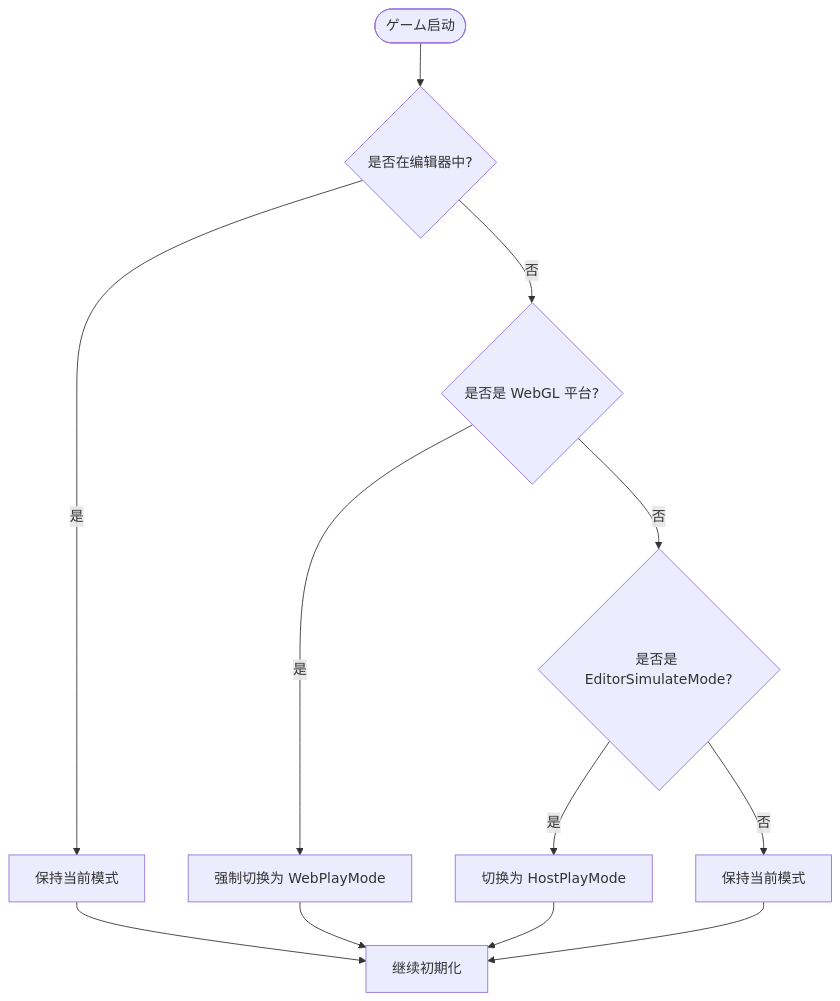
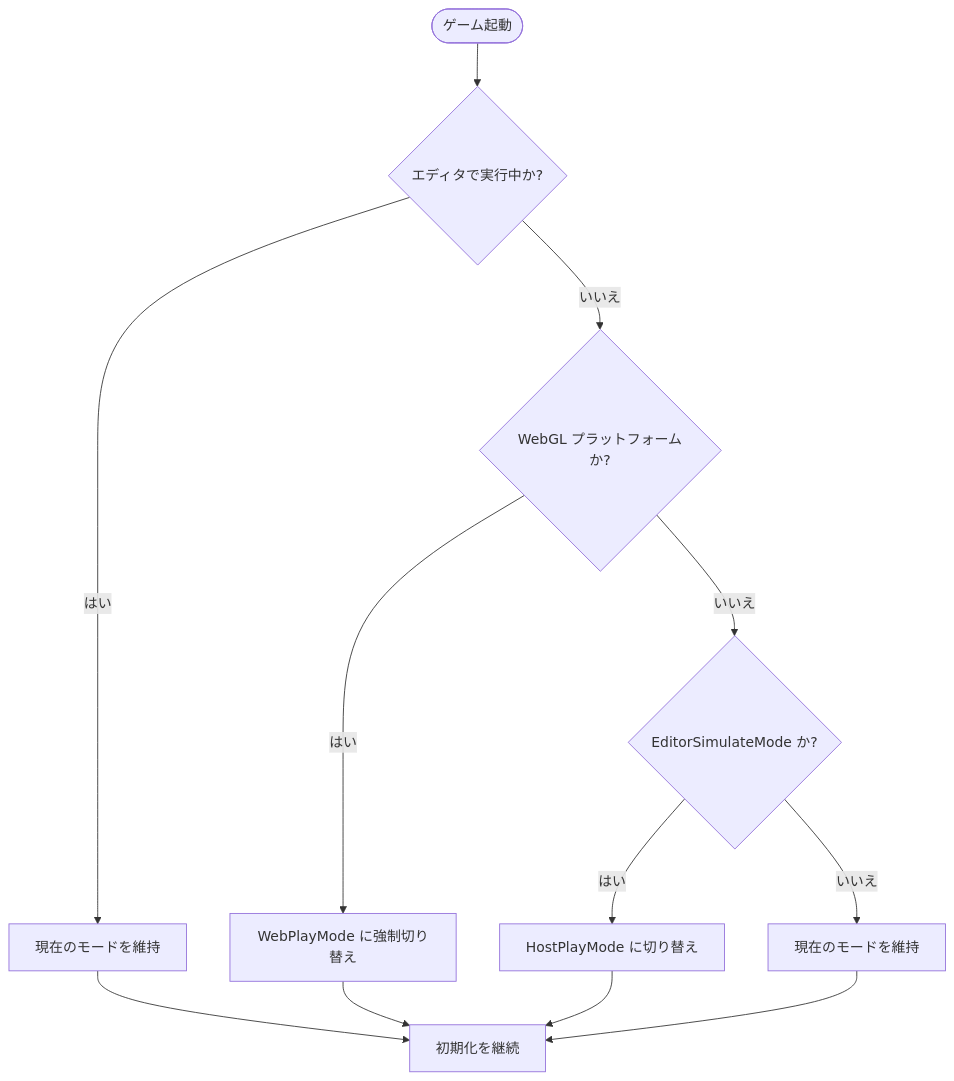
One commit to AlianBlank/GameFrameX.Docs changed the second of 2 diagrams in docs/ja/client/unity/component/asset/14.play-modes.md. Above: the diagram before and after it, drawn with Mermaid. The commit also changed other lines of this file and 320 other files, not shown here.

````diff
--- a/docs/ja/client/unity/component/asset/14.play-modes.md
+++ b/docs/ja/client/unity/component/asset/14.play-modes.md
@@ -216,15 +216,15 @@
 ```mermaid
 flowchart TD
-    Start([ゲーム启动]) --> EditorMode{是否在编辑器中?}
-    EditorMode -->|是| KeepMode[保持当前模式]
-    EditorMode -->|否| WebGLMode{是否是 WebGL 平台?}
-    WebGLMode -->|是| ForceWeb[强制切换为 WebPlayMode]
-    WebGLMode -->|否| EditorSimCheck{是否是 EditorSimulateMode?}
-    EditorSimCheck -->|是| ForceHost[切换为 HostPlayMode]
-    EditorSimCheck -->|否| KeepMode2[保持当前模式]
-    
-    KeepMode --> Continue[继续初期化]
+    Start([ゲーム起動]) --> EditorMode{エディタで実行中か?}
+    EditorMode -->|はい| KeepMode[現在のモードを維持]
+    EditorMode -->|いいえ| WebGLMode{WebGL プラットフォームか?}
+    WebGLMode -->|はい| ForceWeb[WebPlayMode に強制切り替え]
+    WebGLMode -->|いいえ| EditorSimCheck{EditorSimulateMode か?}
+    EditorSimCheck -->|はい| ForceHost[HostPlayMode に切り替え]
+    EditorSimCheck -->|いいえ| KeepMode2[現在のモードを維持]
+
+    KeepMode --> Continue[初期化を継続]
     ForceWeb --> Continue
     ForceHost --> Continue
     KeepMode2 --> Continue
 ```
````
